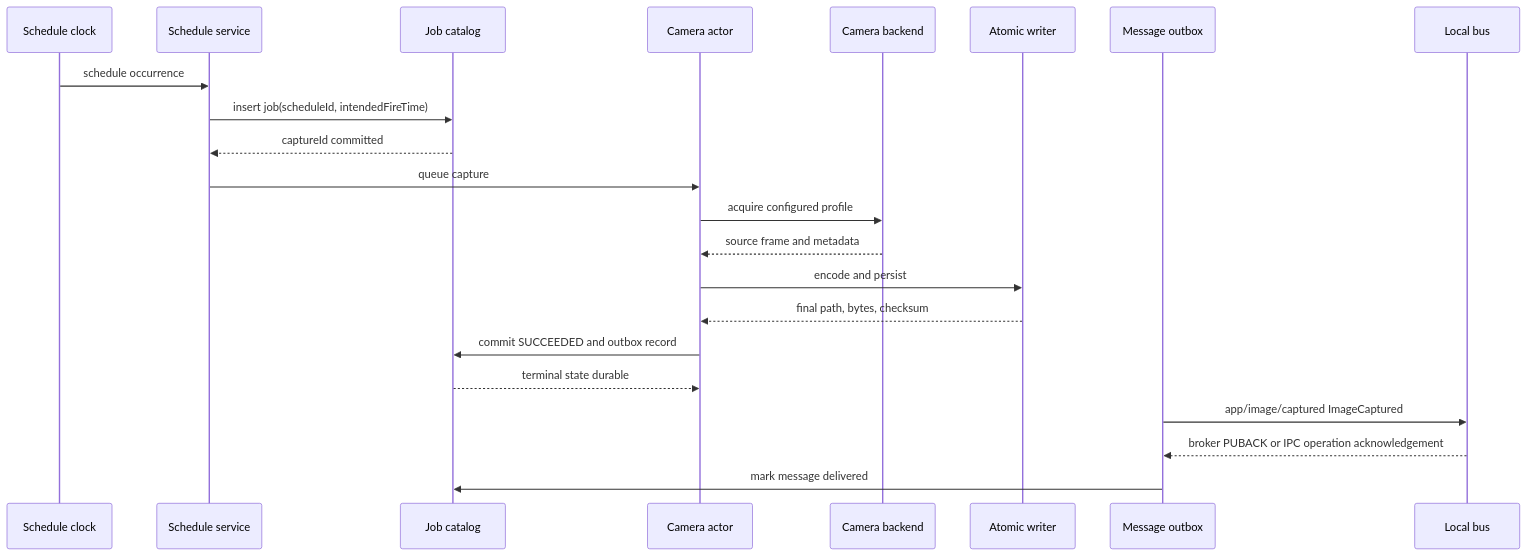
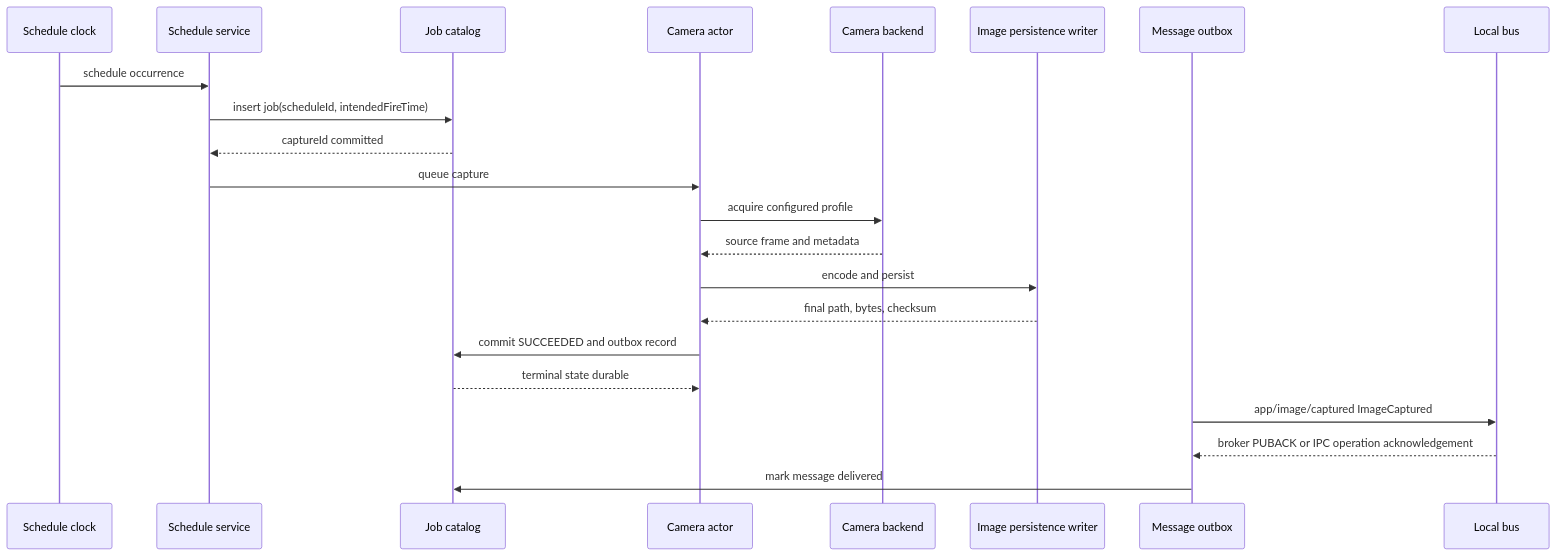
Before and after one commit to edgecommons/camera-adapter: the seventh of 15 diagrams in DESIGN.md, drawn with Mermaid. The commit also changed other lines of this file and 75 other files, not shown here.

````diff
--- a/DESIGN.md
+++ b/DESIGN.md
@@ -1573,25 +1578,25 @@
 ```mermaid
 sequenceDiagram
   participant Clock as Schedule clock
   participant Scheduler as Schedule service
   participant Catalog as Job catalog
   participant Worker as Camera actor
   participant Camera as Camera backend
-  participant Disk as Atomic writer
+  participant Disk as Image persistence writer
   participant Outbox as Message outbox
   participant Bus as Local bus
 
   Clock->>Scheduler: schedule occurrence
   Scheduler->>Catalog: insert job(scheduleId, intendedFireTime)
   Catalog-->>Scheduler: captureId committed
   Scheduler->>Worker: queue capture
   Worker->>Camera: acquire configured profile
   Camera-->>Worker: source frame and metadata
   Worker->>Disk: encode and persist
   Disk-->>Worker: final path, bytes, checksum
   Worker->>Catalog: commit SUCCEEDED and outbox record
   Catalog-->>Worker: terminal state durable
   Outbox->>Bus: app/image/captured ImageCaptured
   Bus-->>Outbox: broker PUBACK or IPC operation acknowledgement
   Outbox->>Catalog: mark message delivered
 ```
````
